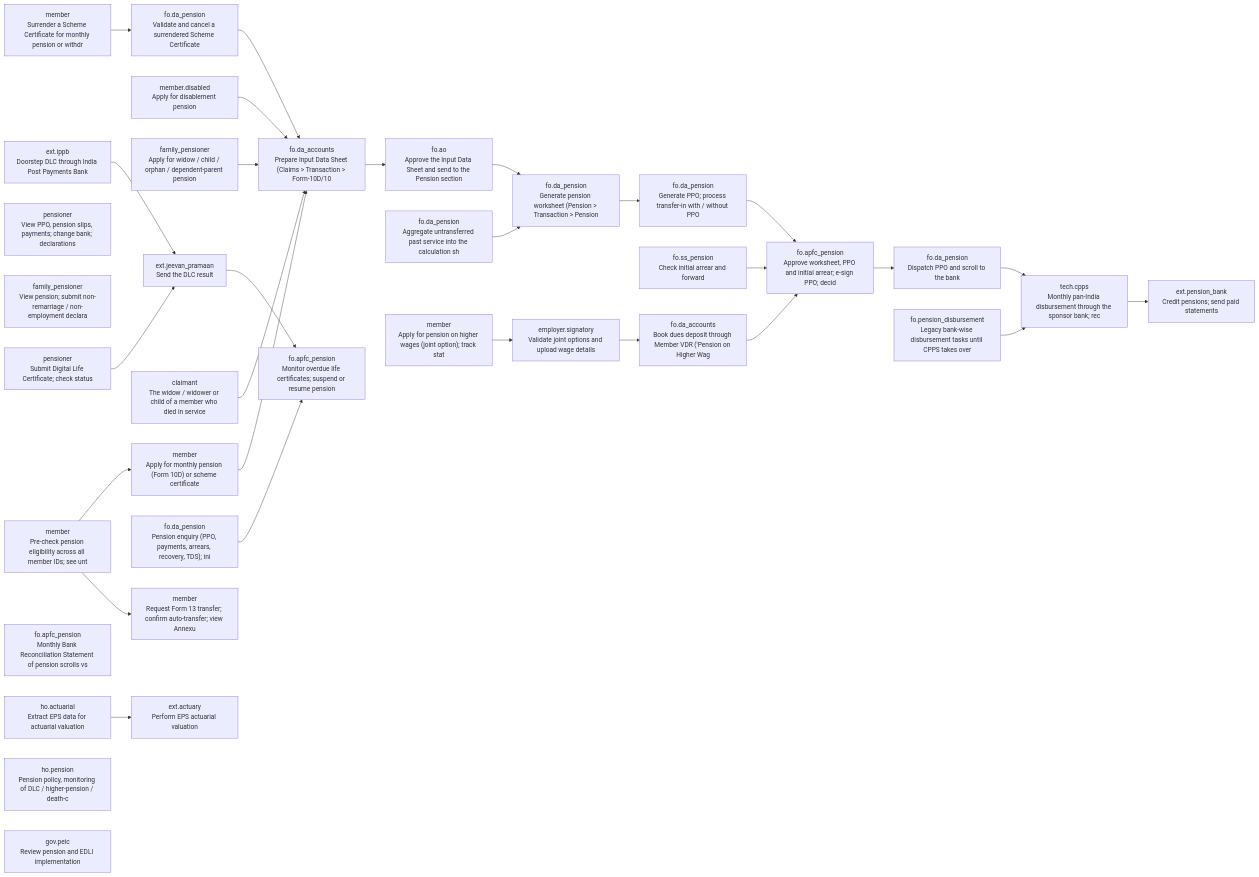
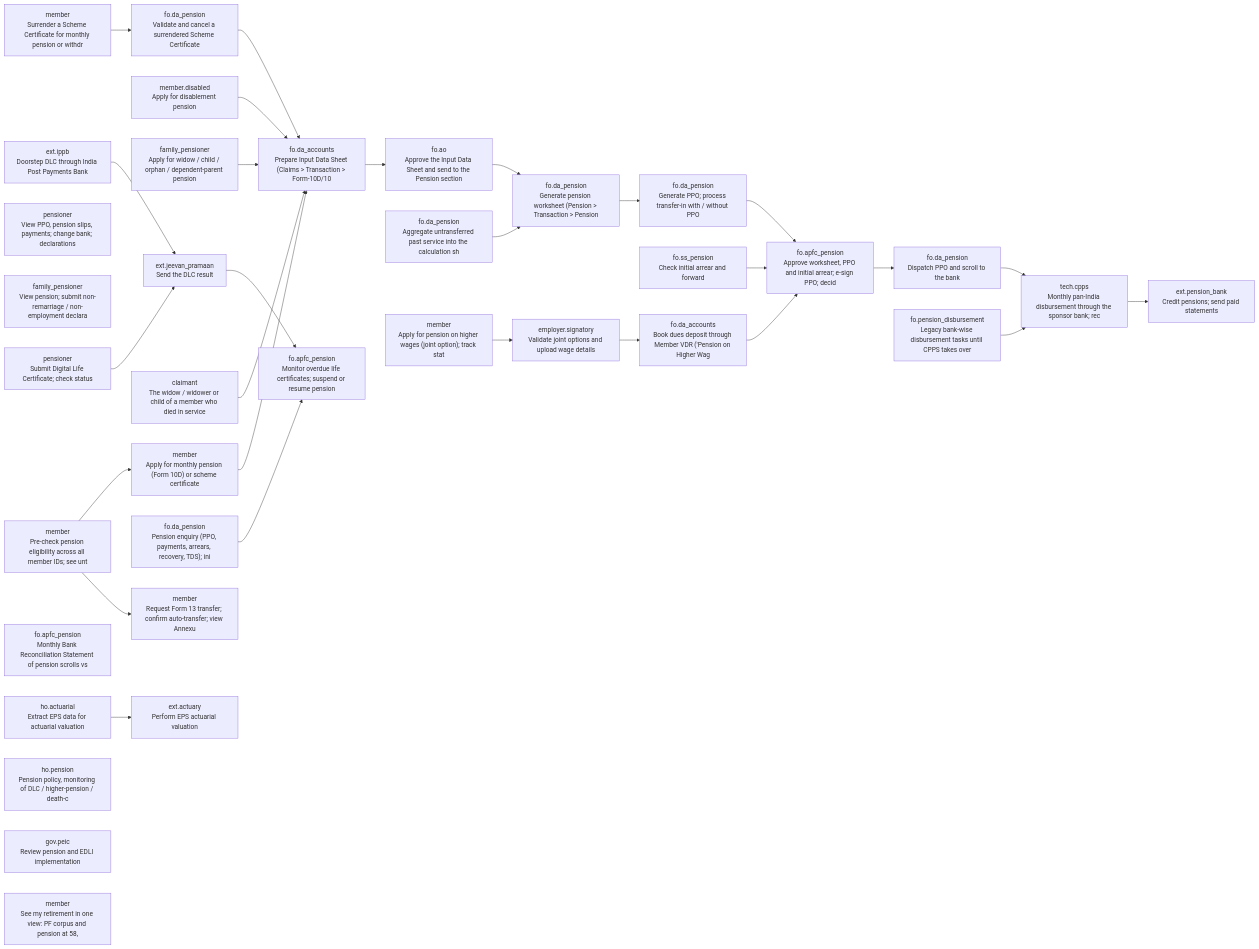
The fifth of 14 diagrams in docs/stakeholder-api-sets.md (gauravmeena0708/pf-life), drawn with Mermaid before and after one commit. The commit also changed other lines of this file and 27 other files, not shown here.

First line of the commit message:
P2.23a: one view of retirement - PF and pension at 58, the income against the wages then, and a VPF what-if; P2.19c planned

````diff
--- a/docs/stakeholder-api-sets.md
+++ b/docs/stakeholder-api-sets.md
@@ -1760,63 +1761,64 @@
 ```mermaid
 flowchart LR
   F05_apply["member<br/>Apply for monthly pension (Form 10D) or scheme certificate"]
   F05_preview["member<br/>Pre-check pension eligibility across all member IDs; see unt"]
   F05_sc_surrender["member<br/>Surrender a Scheme Certificate for monthly pension or withdr"]
   F05_disabled_apply["member.disabled<br/>Apply for disablement pension"]
   F05_family_apply["family_pensioner<br/>Apply for widow / child / orphan / dependent-parent pension"]
   F05_ids["fo.da_accounts<br/>Prepare Input Data Sheet (Claims > Transaction > Form-10D/10"]
   F05_ids_approve["fo.ao<br/>Approve the Input Data Sheet and send to the Pension section"]
   F05_worksheet["fo.da_pension<br/>Generate pension worksheet (Pension > Transaction > Pension "]
   F05_aggregate["fo.da_pension<br/>Aggregate untransferred past service into the calculation sh"]
   F05_sc_adjudicate["fo.da_pension<br/>Validate and cancel a surrendered Scheme Certificate"]
   F05_ppo["fo.da_pension<br/>Generate PPO; process transfer-in with / without PPO"]
   F05_initial_arrear["fo.ss_pension<br/>Check initial arrear and forward"]
   F05_ppo_approve["fo.apfc_pension<br/>Approve worksheet, PPO and initial arrear; e-sign PPO; decid"]
   F05_dispatch["fo.da_pension<br/>Dispatch PPO and scroll to the bank"]
   F05_cpps["tech.cpps<br/>Monthly pan-India disbursement through the sponsor bank; rec"]
   F05_disbursement_section["fo.pension_disbursement<br/>Legacy bank-wise disbursement tasks until CPPS takes over"]
   F05_bank["ext.pension_bank<br/>Credit pensions; send paid statements"]
   F05_pensioner_view["pensioner<br/>View PPO, pension slips, payments; change bank; declarations"]
   F05_family_apply_claimant["claimant<br/>The widow / widower or child of a member who died in service"]
   F05_family_view["family_pensioner<br/>View pension; submit non-remarriage / non-employment declara"]
   F05_dlc["pensioner<br/>Submit Digital Life Certificate; check status"]
   F05_dlc_event["ext.jeevan_pramaan<br/>Send the DLC result"]
   F05_dlc_doorstep["ext.ippb<br/>Doorstep DLC through India Post Payments Bank"]
   F05_dlc_monitor["fo.apfc_pension<br/>Monitor overdue life certificates; suspend or resume pension"]
   F05_updation["fo.da_pension<br/>Pension enquiry (PPO, payments, arrears, recovery, TDS); ini"]
   F05_brs["fo.apfc_pension<br/>Monthly Bank Reconciliation Statement of pension scrolls vs "]
   F05_higher_member["member<br/>Apply for pension on higher wages (joint option); track stat"]
   F05_higher_employer["employer.signatory<br/>Validate joint options and upload wage details"]
   F05_higher_deposit["fo.da_accounts<br/>Book dues deposit through Member VDR ('Pension on Higher Wag"]
   F05_actuarial["ho.actuarial<br/>Extract EPS data for actuarial valuation"]
   F05_valuation["ext.actuary<br/>Perform EPS actuarial valuation"]
   F05_policy["ho.pension<br/>Pension policy, monitoring of DLC / higher-pension / death-c"]
   F05_peic["gov.peic<br/>Review pension and EDLI implementation"]
+  F05_retirement_view["member<br/>See my retirement in one view: PF corpus and pension at 58, "]
   F05_apply --> F05_ids
   F04_transfer["member<br/>Request Form 13 transfer; confirm auto-transfer; view Annexu"]
   F05_preview --> F04_transfer
   F05_preview --> F05_apply
   F05_sc_surrender --> F05_sc_adjudicate
   F05_disabled_apply --> F05_ids
   F05_family_apply --> F05_ids
   F05_ids --> F05_ids_approve
   F05_ids_approve --> F05_worksheet
   F05_worksheet --> F05_ppo
   F05_aggregate --> F05_worksheet
   F05_sc_adjudicate --> F05_ids
   F05_ppo --> F05_ppo_approve
   F05_initial_arrear --> F05_ppo_approve
   F05_ppo_approve --> F05_dispatch
   F05_dispatch --> F05_cpps
   F05_cpps --> F05_bank
   F05_disbursement_section --> F05_cpps
   F05_family_apply_claimant --> F05_ids
   F05_dlc --> F05_dlc_event
   F05_dlc_event --> F05_dlc_monitor
   F05_dlc_doorstep --> F05_dlc_event
   F05_updation --> F05_dlc_monitor
   F05_higher_member --> F05_higher_employer
   F05_higher_employer --> F05_higher_deposit
   F05_higher_deposit --> F05_ppo_approve
   F05_actuarial --> F05_valuation
 ```
````
